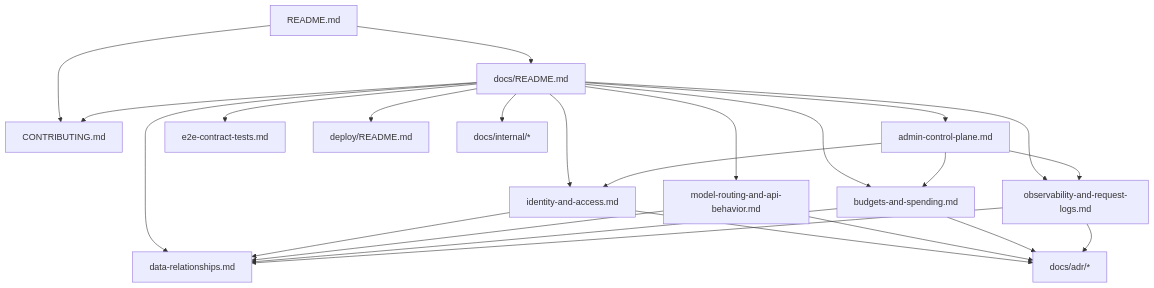
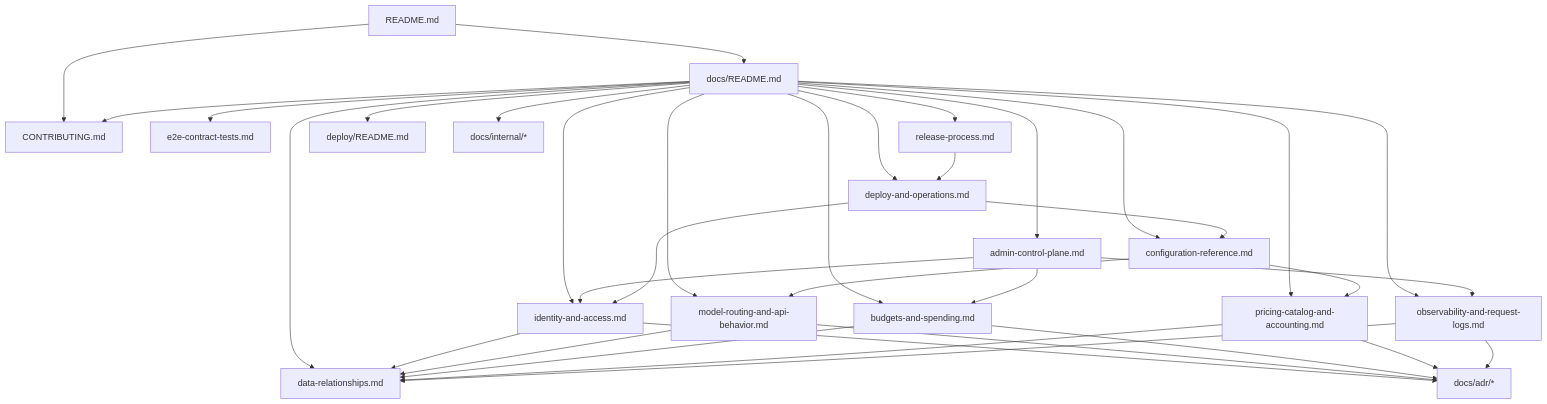
The diagram in docs/README.md (ahstn/oceans-llm), drawn with Mermaid before and after one commit. The commit also changed other lines of this file and 16 other files, not shown here.

````diff
--- a/docs/README.md
+++ b/docs/README.md
@@ -29,42 +33,57 @@
 ```mermaid
 graph TD
     root["README.md"]
     hub["docs/README.md"]
     contributing["CONTRIBUTING.md"]
+    config["configuration-reference.md"]
     identity["identity-and-access.md"]
     routing["model-routing-and-api-behavior.md"]
     spend["budgets-and-spending.md"]
+    pricing["pricing-catalog-and-accounting.md"]
     observability["observability-and-request-logs.md"]
     data["data-relationships.md"]
     admin["admin-control-plane.md"]
     e2e["e2e-contract-tests.md"]
+    ops["deploy-and-operations.md"]
+    release["release-process.md"]
     deploy["deploy/README.md"]
     adrs["docs/adr/*"]
     internal["docs/internal/*"]
 
     root --> hub
     root --> contributing
     hub --> identity
+    hub --> config
     hub --> routing
     hub --> spend
+    hub --> pricing
     hub --> observability
     hub --> data
     hub --> admin
     hub --> e2e
+    hub --> ops
+    hub --> release
     hub --> deploy
     hub --> contributing
 
+    config --> routing
+    config --> pricing
     identity --> data
     routing --> data
     spend --> data
+    pricing --> data
     observability --> data
     admin --> identity
     admin --> spend
     admin --> observability
+    ops --> config
+    ops --> identity
+    release --> ops
 
     identity --> adrs
     routing --> adrs
     spend --> adrs
+    pricing --> adrs
     observability --> adrs
     hub --> internal
 ```
````
